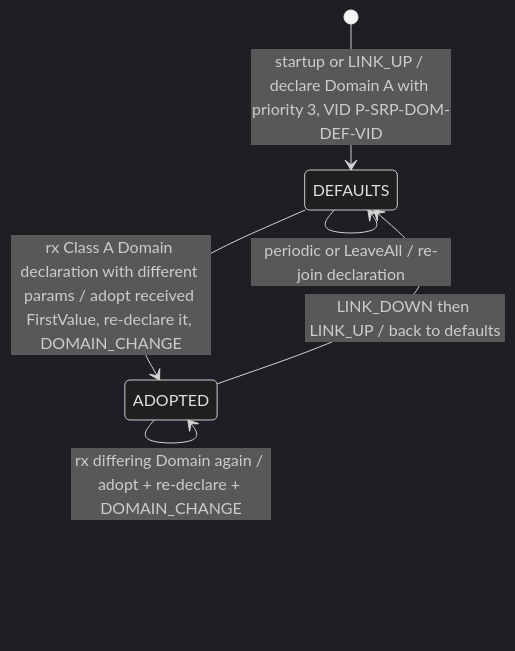
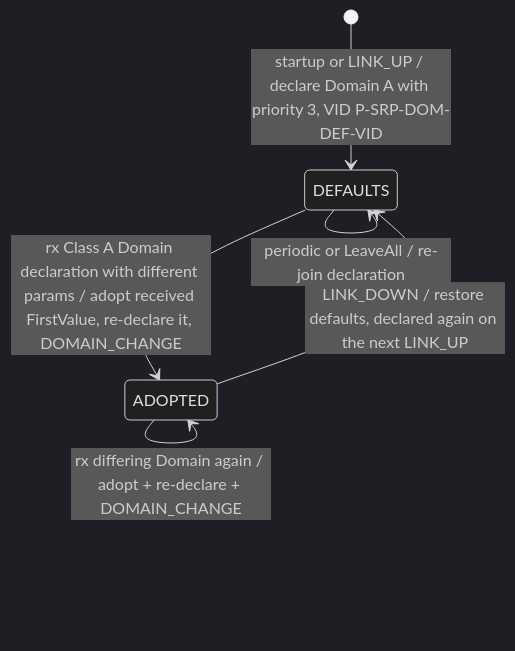
Before and after one commit to Mister-M-alt/protocol-processor-control-plane-avb-milan: the second of 6 diagrams in docs/architecture/10_srp_engine.md, drawn with Mermaid (dark theme).

Commit message:
Show F10.2's Domain defaults restored at LINK_DOWN and declared at the next LINK_UP

````diff
--- a/docs/architecture/10_srp_engine.md
+++ b/docs/architecture/10_srp_engine.md
@@ -200,8 +200,8 @@
 ```mermaid
 stateDiagram-v2
     [*] --> DEFAULTS: startup or LINK_UP / declare Domain A with priority 3, VID P-SRP-DOM-DEF-VID
     DEFAULTS --> ADOPTED: rx Class A Domain declaration with different params / adopt received FirstValue, re-declare it, DOMAIN_CHANGE
     ADOPTED --> ADOPTED: rx differing Domain again / adopt + re-declare + DOMAIN_CHANGE
-    ADOPTED --> DEFAULTS: LINK_DOWN then LINK_UP / back to defaults
+    ADOPTED --> DEFAULTS: LINK_DOWN / restore defaults, declared again on the next LINK_UP
     DEFAULTS --> DEFAULTS: periodic or LeaveAll / re-join declaration
 ```
````
